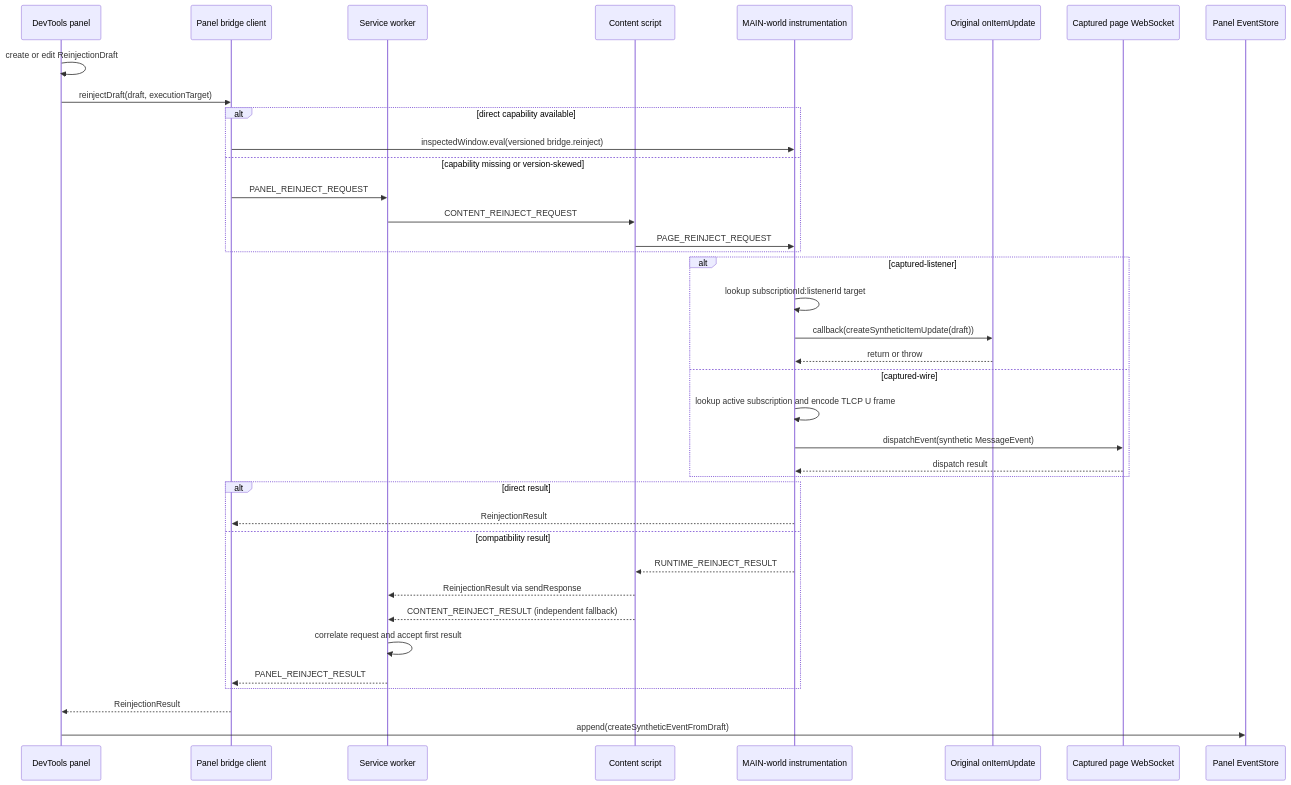
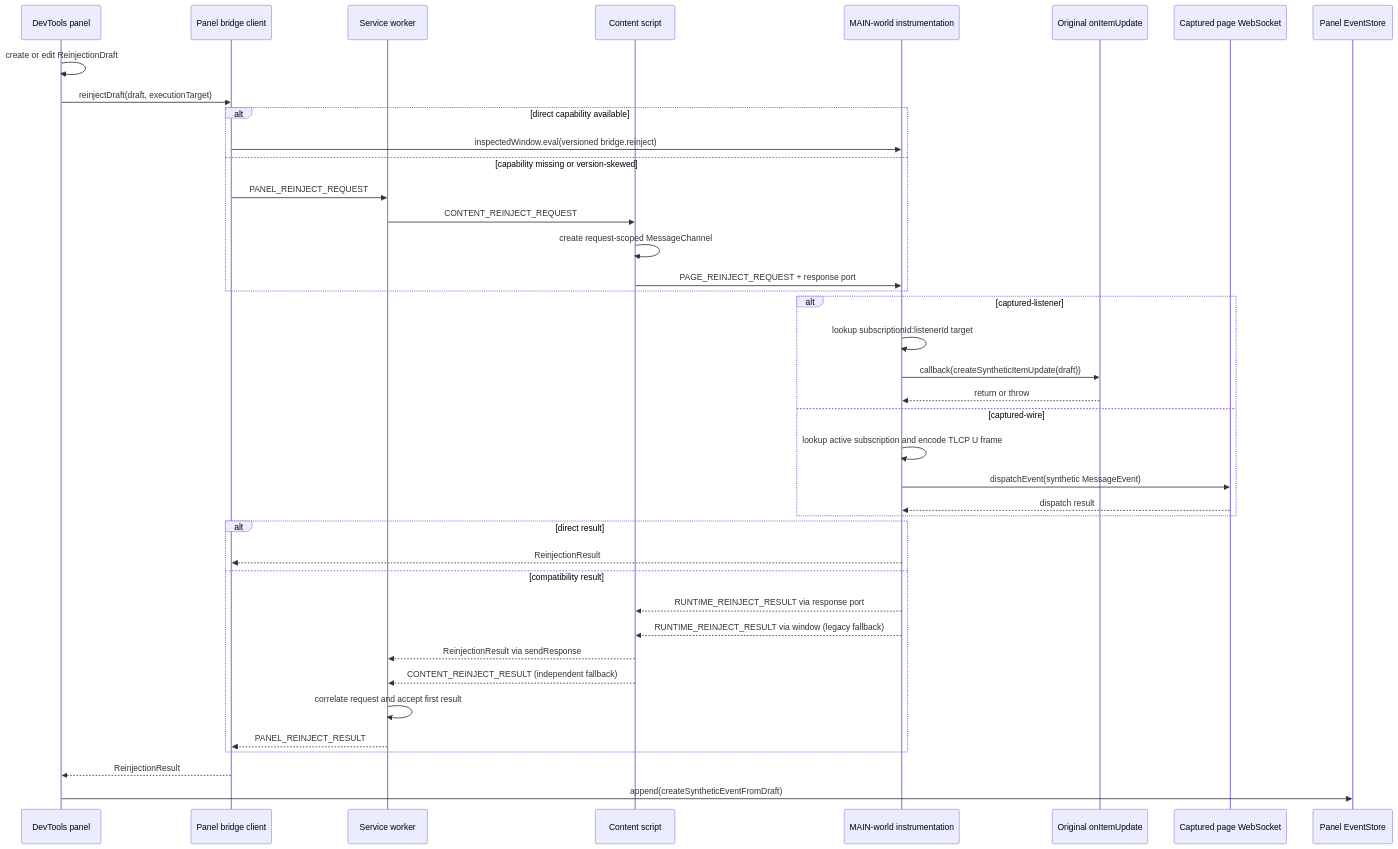
The seventh of 7 diagrams in docs/ARCHITECTURE.md (imom39a/lightstreamer-workbench-extension), drawn with Mermaid before and after one commit. The commit also changed other lines of this file and 7 other files, not shown here.

Commit message:
fix request-scoped reinjection feedback

````diff
--- a/docs/ARCHITECTURE.md
+++ b/docs/ARCHITECTURE.md
@@ -652,41 +652,43 @@
 ```mermaid
 sequenceDiagram
   participant UI as DevTools panel
   participant PBC as Panel bridge client
   participant BG as Service worker
   participant CS as Content script
   participant Inj as MAIN-world instrumentation
   participant Listener as Original onItemUpdate
   participant WS as Captured page WebSocket
   participant Store as Panel EventStore
 
   UI->>UI: create or edit ReinjectionDraft
   UI->>PBC: reinjectDraft(draft, executionTarget)
   alt direct capability available
     PBC->>Inj: inspectedWindow.eval(versioned bridge.reinject)
   else capability missing or version-skewed
     PBC->>BG: PANEL_REINJECT_REQUEST
     BG->>CS: CONTENT_REINJECT_REQUEST
-    CS->>Inj: PAGE_REINJECT_REQUEST
+    CS->>CS: create request-scoped MessageChannel
+    CS->>Inj: PAGE_REINJECT_REQUEST + response port
   end
   alt captured-listener
     Inj->>Inj: lookup subscriptionId:listenerId target
     Inj->>Listener: callback(createSyntheticItemUpdate(draft))
     Listener-->>Inj: return or throw
   else captured-wire
     Inj->>Inj: lookup active subscription and encode TLCP U frame
     Inj->>WS: dispatchEvent(synthetic MessageEvent)
     WS-->>Inj: dispatch result
   end
   alt direct result
     Inj-->>PBC: ReinjectionResult
   else compatibility result
-    Inj-->>CS: RUNTIME_REINJECT_RESULT
+    Inj-->>CS: RUNTIME_REINJECT_RESULT via response port
+    Inj-->>CS: RUNTIME_REINJECT_RESULT via window (legacy fallback)
     CS-->>BG: ReinjectionResult via sendResponse
     CS-->>BG: CONTENT_REINJECT_RESULT (independent fallback)
     BG->>BG: correlate request and accept first result
     BG-->>PBC: PANEL_REINJECT_RESULT
   end
   PBC-->>UI: ReinjectionResult
   UI->>Store: append(createSyntheticEventFromDraft)
 ```
````
